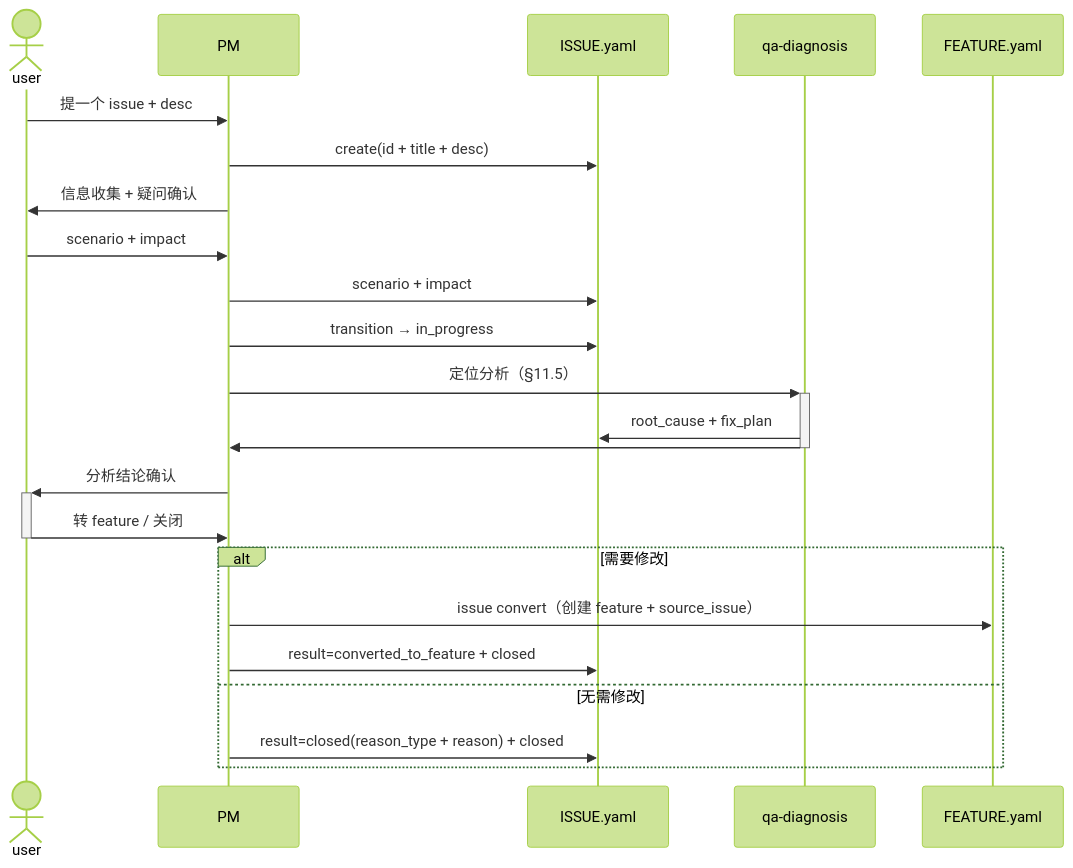
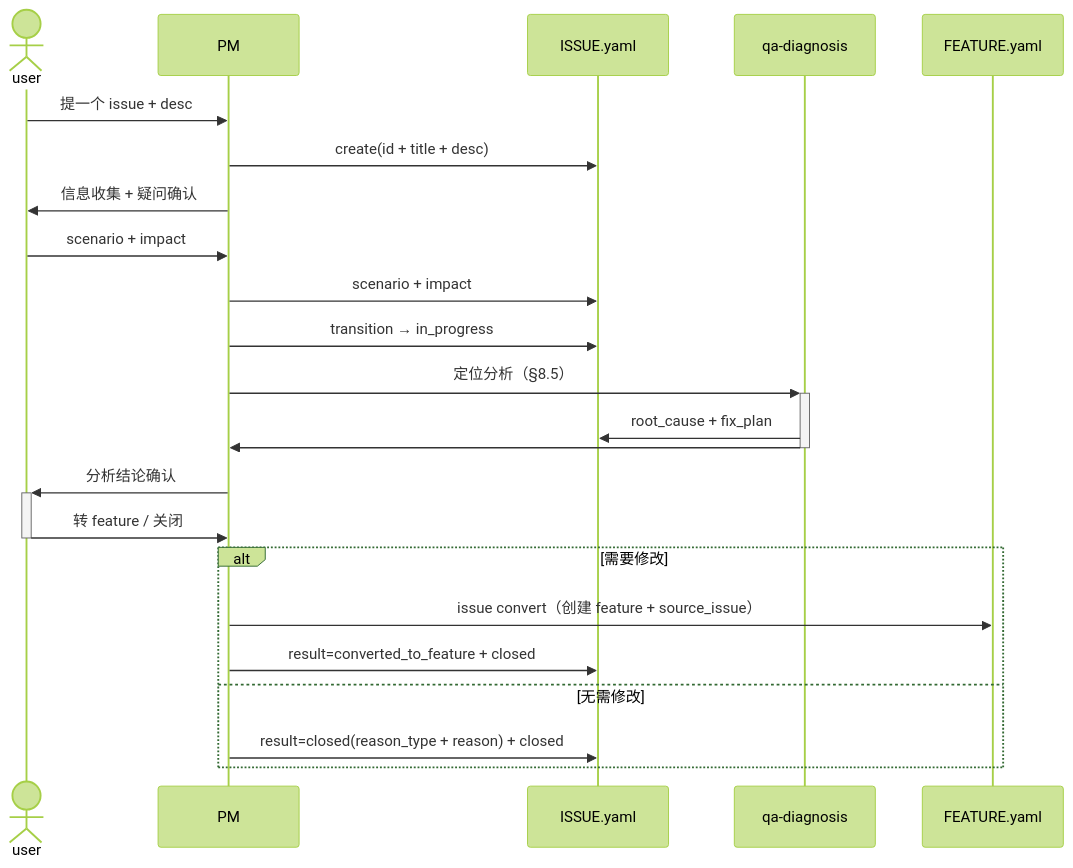
One commit to JoeyAssistant/skill-repo changed the third of 3 diagrams in system-prompt/agent-factory/agent-pm.md. Above: the diagram before and after it, drawn with Mermaid (forest theme). The commit also changed other lines of this file, not shown here.

````diff
--- a/system-prompt/agent-factory/agent-pm.md
+++ b/system-prompt/agent-factory/agent-pm.md
@@ -589,26 +693,26 @@
 ```mermaid
 sequenceDiagram
     actor user
     participant pm as PM
     participant issue as ISSUE.yaml
     participant diag as qa-diagnosis
     participant feat as FEATURE.yaml
 
     user->>pm: 提一个 issue + desc
     pm->>issue: create(id + title + desc)
     pm->>user: 信息收集 + 疑问确认
     user->>pm: scenario + impact
     pm->>issue: scenario + impact
     pm->>issue: transition → in_progress
-    pm->>+diag: 定位分析（§11.5）
+    pm->>+diag: 定位分析（§8.5）
     diag->>issue: root_cause + fix_plan
     diag->>-pm:
     pm->>+user: 分析结论确认
     user->>-pm: 转 feature / 关闭
     alt 需要修改
         pm->>feat: issue convert（创建 feature + source_issue）
         pm->>issue: result=converted_to_feature + closed
     else 无需修改
         pm->>issue: result=closed(reason_type + reason) + closed
     end
 ```
````
